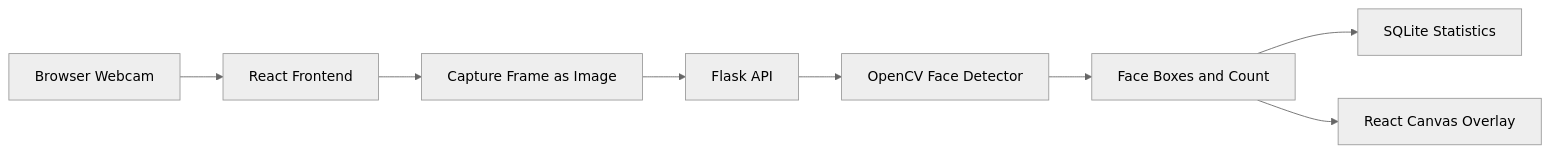
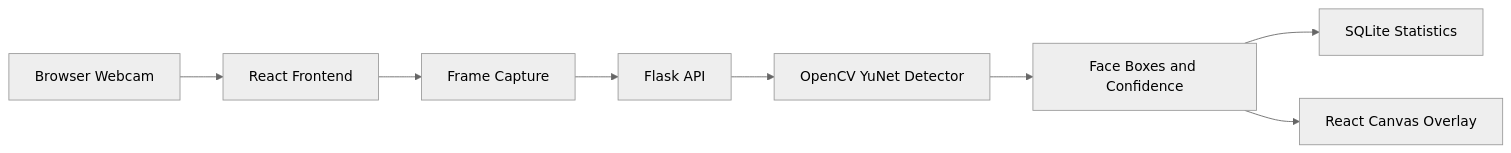
The diagram in README.md (suvodeeproy94-tech/AI-Face-Detection-System), drawn with Mermaid (neutral theme) before and after one commit. The commit also changed other lines of this file and 13 other files, not shown here.

````diff
--- a/README.md
+++ b/README.md
@@ -76,10 +88,10 @@
 ```mermaid
 flowchart LR
     A[Browser Webcam] --> B[React Frontend]
-    B --> C[Capture Frame as Image]
+    B --> C[Frame Capture]
     C --> D[Flask API]
-    D --> E[OpenCV Face Detector]
-    E --> F[Face Boxes and Count]
+    D --> E[OpenCV YuNet Detector]
+    E --> F[Face Boxes and Confidence]
     F --> G[SQLite Statistics]
     F --> H[React Canvas Overlay]
 ```
````
